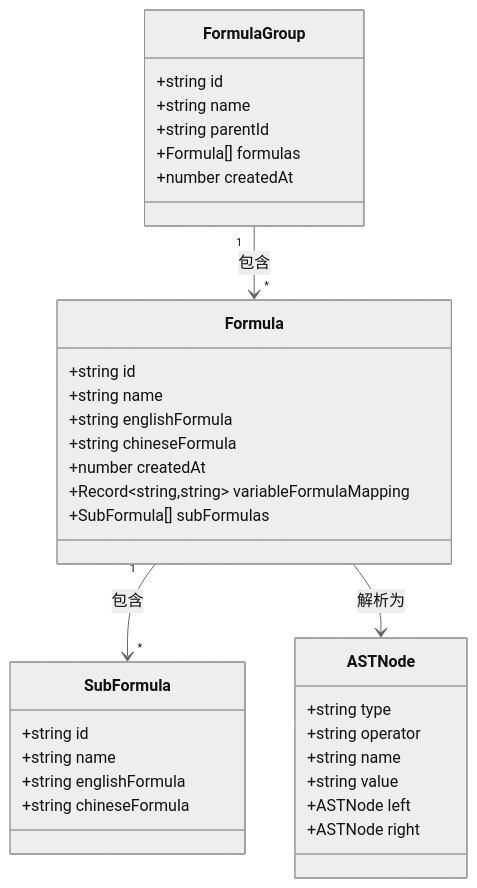
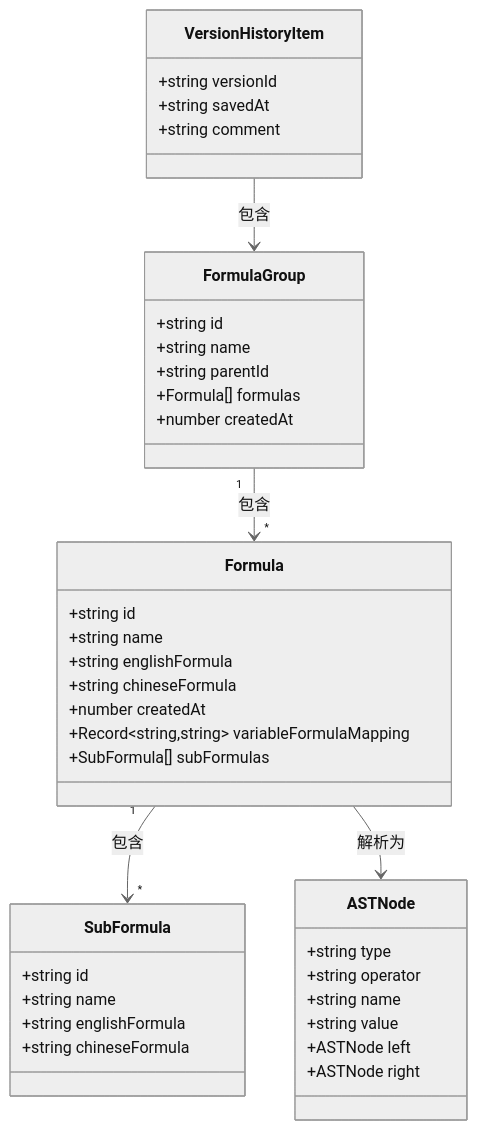
One commit to steveyu2/formula-mapper changed the second of 11 diagrams in .qoder/repowiki/zh/content/用户指南/数据管理/云存储系统.md. Above: the diagram before and after it, drawn with Mermaid (neutral theme). The commit also changed other lines of this file and 7 other files, not shown here.

````diff
--- a/.qoder/repowiki/zh/content/用户指南/数据管理/云存储系统.md
+++ b/.qoder/repowiki/zh/content/用户指南/数据管理/云存储系统.md
@@ -95,36 +103,42 @@
 ```mermaid
 classDiagram
 class FormulaGroup {
 +string id
 +string name
 +string parentId
 +Formula[] formulas
 +number createdAt
 }
 class Formula {
 +string id
 +string name
 +string englishFormula
 +string chineseFormula
 +number createdAt
 +Record~string,string~ variableFormulaMapping
 +SubFormula[] subFormulas
 }
 class SubFormula {
 +string id
 +string name
 +string englishFormula
 +string chineseFormula
 }
 class ASTNode {
 +string type
 +string operator
 +string name
 +string value
 +ASTNode left
 +ASTNode right
 }
+class VersionHistoryItem {
++string versionId
++string savedAt
++string comment
+}
 FormulaGroup "1" --> "*" Formula : 包含
 Formula "1" --> "*" SubFormula : 包含
 Formula --> ASTNode : 解析为
+VersionHistoryItem --> FormulaGroup : 包含
 ```
````
